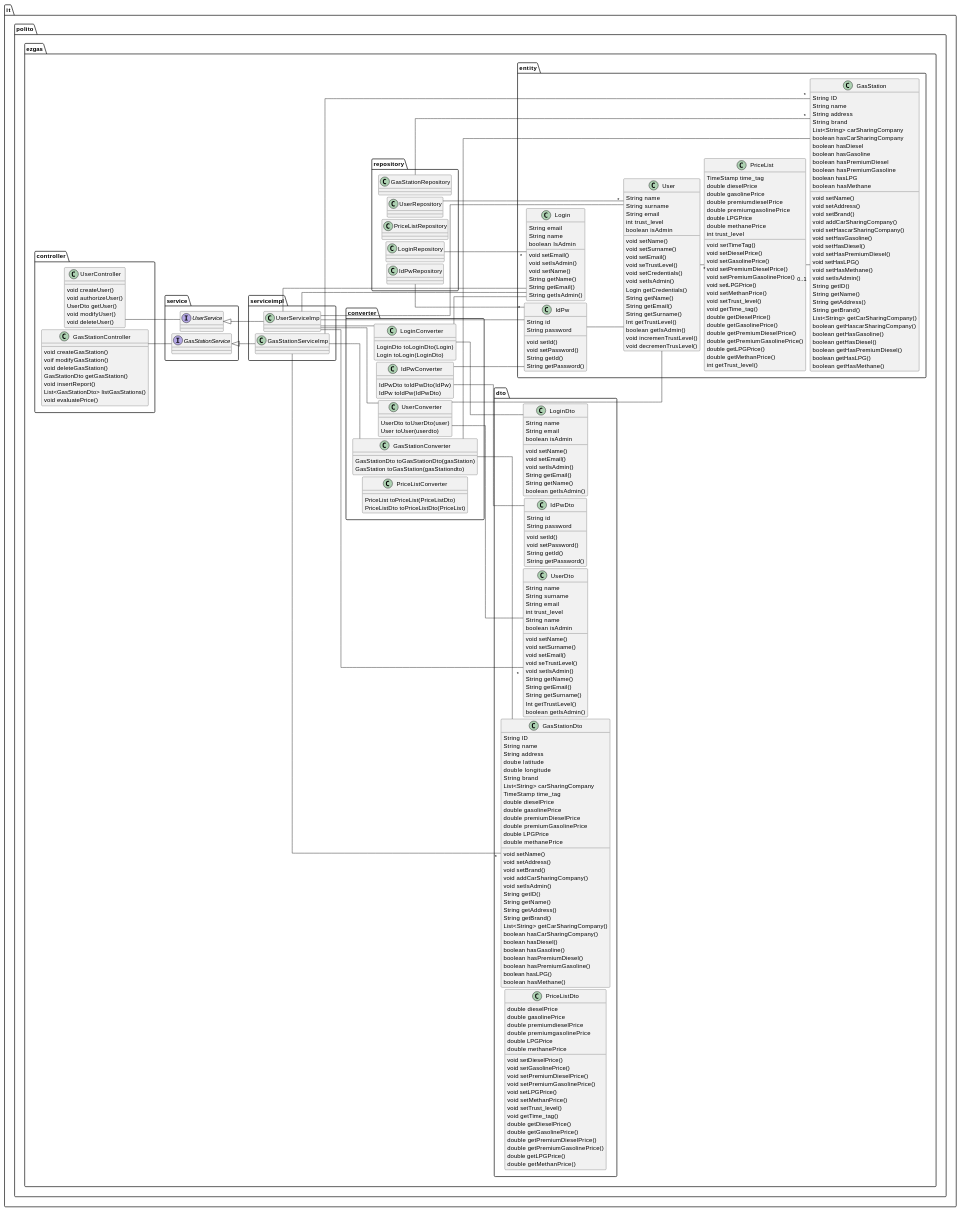
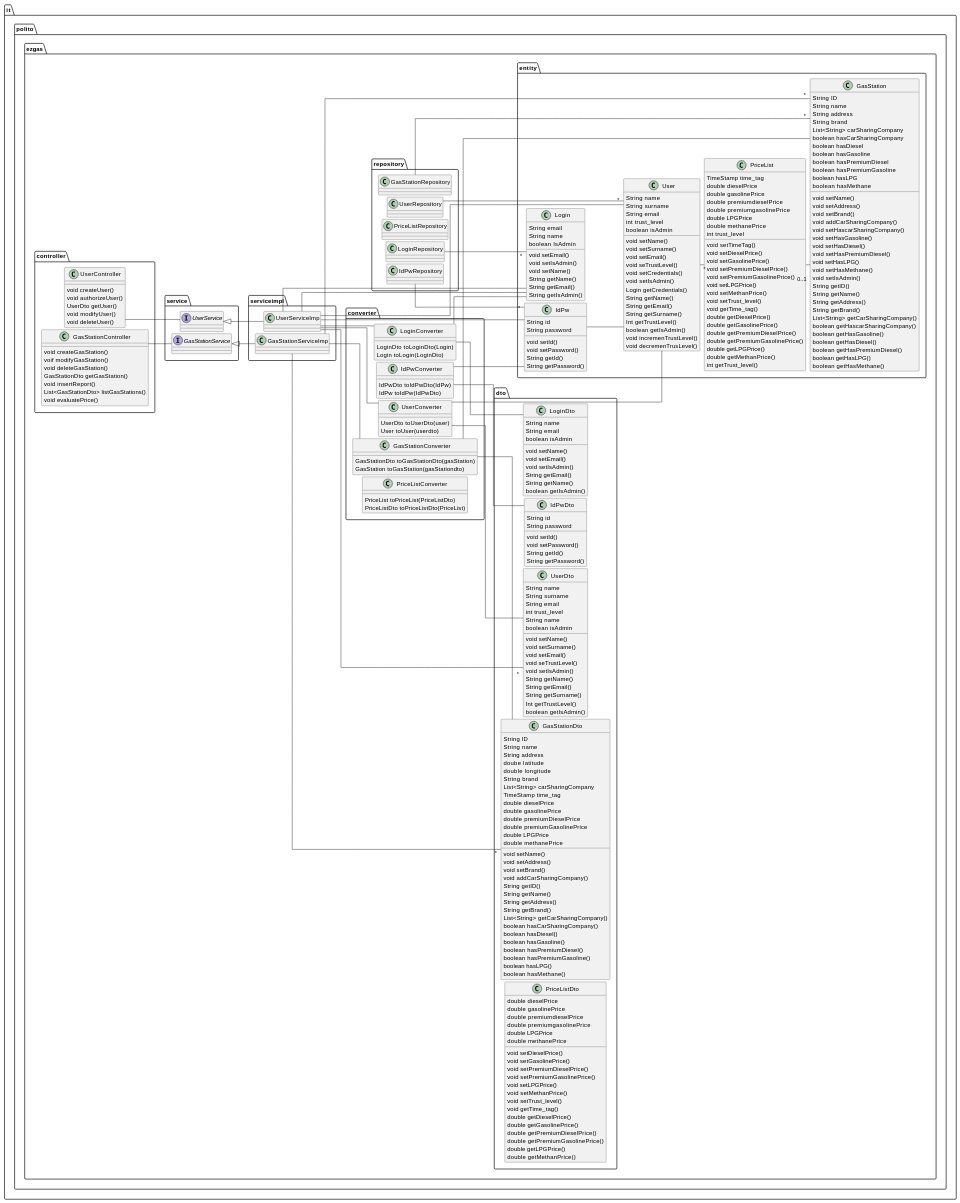
Before and after one commit to CangaRouter/ExGas: the fourth of 13 diagrams in docs/DesignDocument.md, drawn with PlantUML. The commit also changed other lines of this file, not shown here.

Commit message:
docs: add sequence diagrams

```diff
--- a/docs/DesignDocument.md
+++ b/docs/DesignDocument.md
@@ -461,7 +461,6 @@
  void setAddress()
  void setBrand()
  void addCarSharingCompany()
- void setIsAdmin()
  String getID()
  String getName()
  String getAddress()
```
